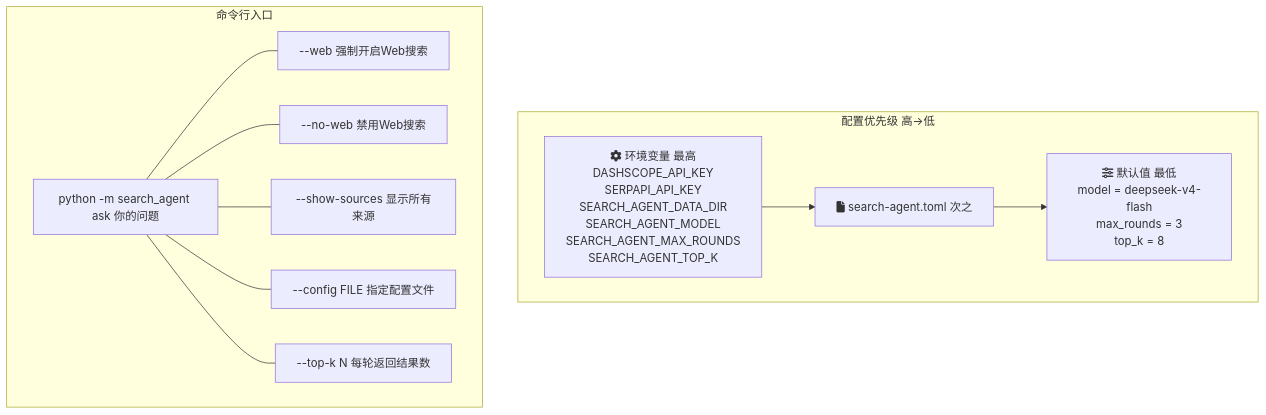
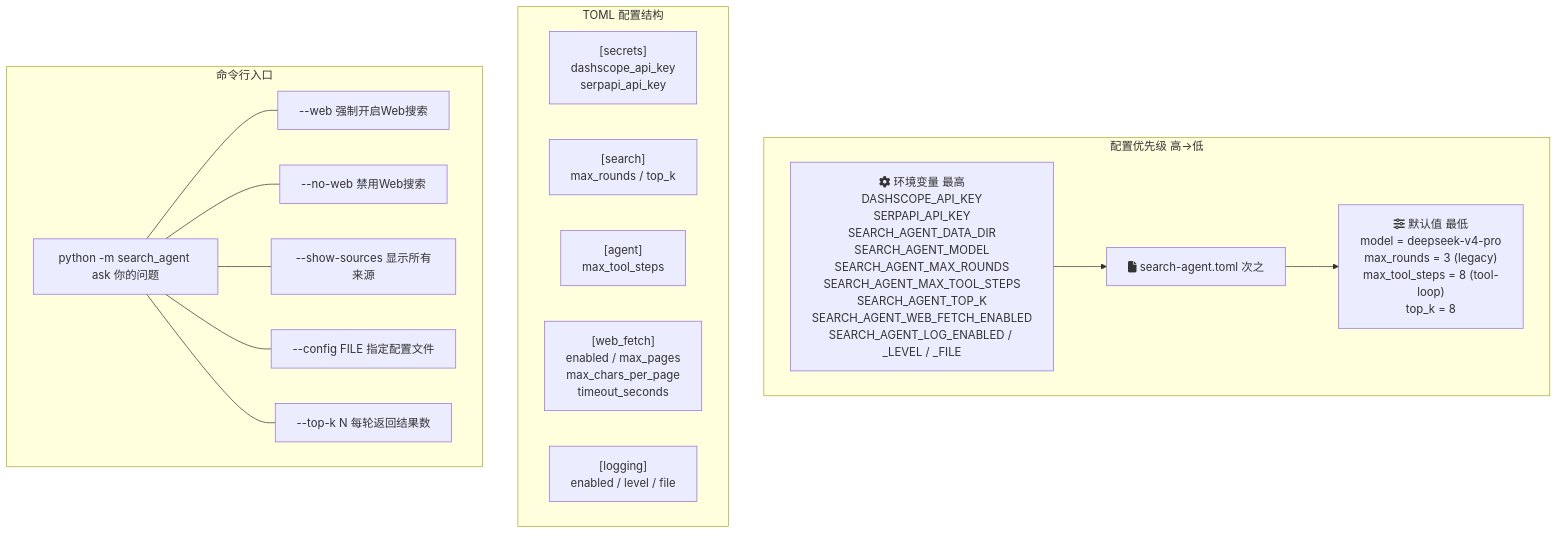
Before and after one commit to taohong000/search_agent: the seventh of 8 diagrams in 项目流程图.md, drawn with Mermaid. The commit also changed other lines of this file, not shown here.

Commit message:
feat: 更新流程图

````diff
--- a/项目流程图.md
+++ b/项目流程图.md
@@ -190,23 +285,31 @@
 ```mermaid
 flowchart TD
     subgraph Config["配置优先级 高→低"]
-        C1["fa:fa-cog 环境变量 最高<br>DASHSCOPE_API_KEY<br>SERPAPI_API_KEY<br>SEARCH_AGENT_DATA_DIR<br>SEARCH_AGENT_MODEL<br>SEARCH_AGENT_MAX_ROUNDS<br>SEARCH_AGENT_TOP_K"]
+        C1["fa:fa-cog 环境变量 最高<br>DASHSCOPE_API_KEY<br>SERPAPI_API_KEY<br>SEARCH_AGENT_DATA_DIR<br>SEARCH_AGENT_MODEL<br>SEARCH_AGENT_MAX_ROUNDS<br>SEARCH_AGENT_MAX_TOOL_STEPS<br>SEARCH_AGENT_TOP_K<br>SEARCH_AGENT_WEB_FETCH_ENABLED<br>SEARCH_AGENT_LOG_ENABLED / _LEVEL / _FILE"]
         C2["fa:fa-file search-agent.toml 次之"]
-        C3["fa:fa-sliders 默认值 最低<br>model = deepseek-v4-flash<br>max_rounds = 3<br>top_k = 8"]
+        C3["fa:fa-sliders 默认值 最低<br>model = deepseek-v4-pro<br>max_rounds = 3 (legacy)<br>max_tool_steps = 8 (tool-loop)<br>top_k = 8"]
         C1 --> C2 --> C3
+    end
+
+    subgraph TOML["TOML 配置结构"]
+        T1["[secrets]<br>dashscope_api_key<br>serpapi_api_key"]
+        T2["[search]<br>max_rounds / top_k"]
+        T3["[agent]<br>max_tool_steps"]
+        T4["[web_fetch]<br>enabled / max_pages<br>max_chars_per_page<br>timeout_seconds"]
+        T5["[logging]<br>enabled / level / file"]
     end
 
     subgraph CLI["命令行入口"]
         CL1["python -m search_agent ask 你的问题"]
         CL2["--web          强制开启Web搜索"]
         CL3["--no-web       禁用Web搜索"]
         CL4["--show-sources 显示所有来源"]
         CL5["--config FILE  指定配置文件"]
         CL6["--top-k N      每轮返回结果数"]
         CL1 --- CL2
         CL1 --- CL3
         CL1 --- CL4
         CL1 --- CL5
         CL1 --- CL6
     end
 ```
````
